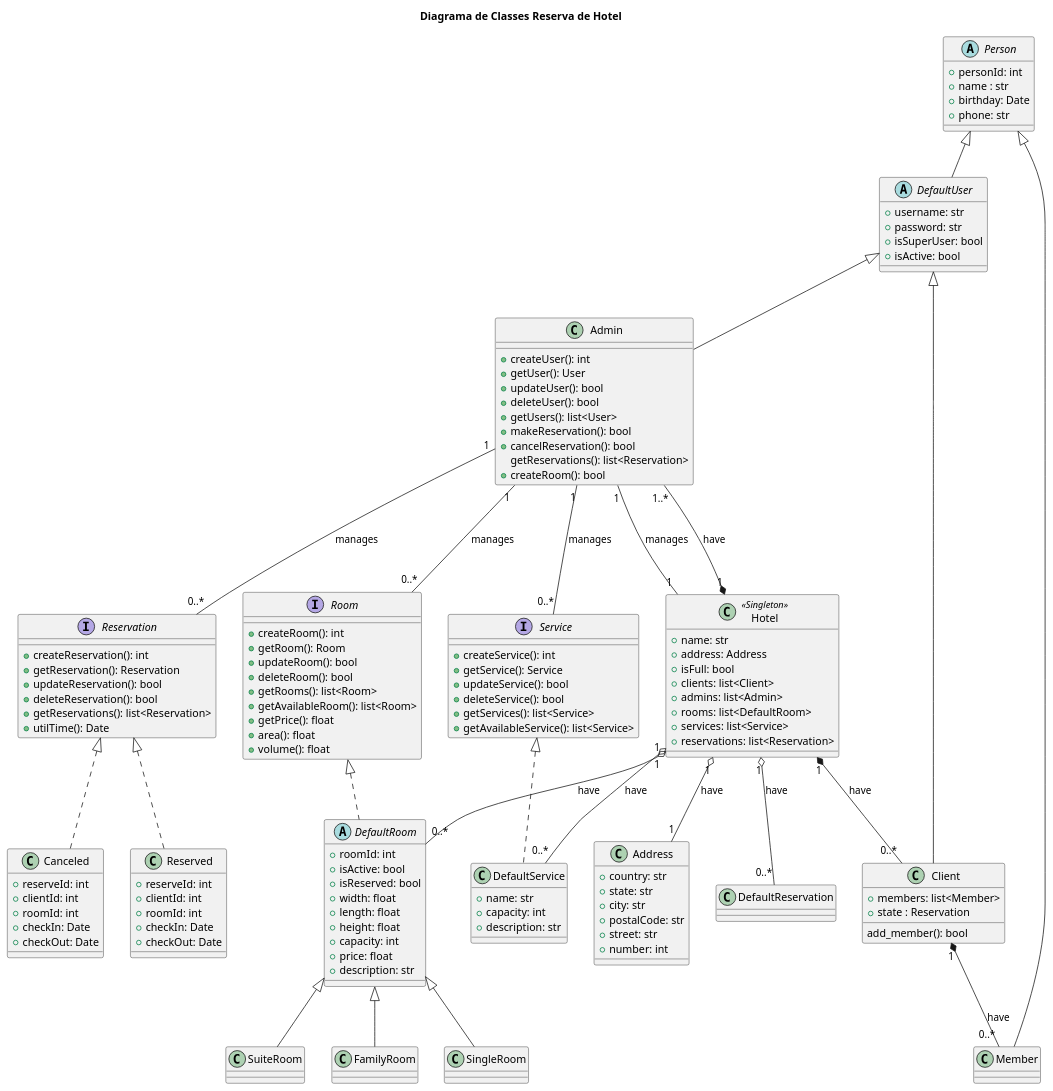
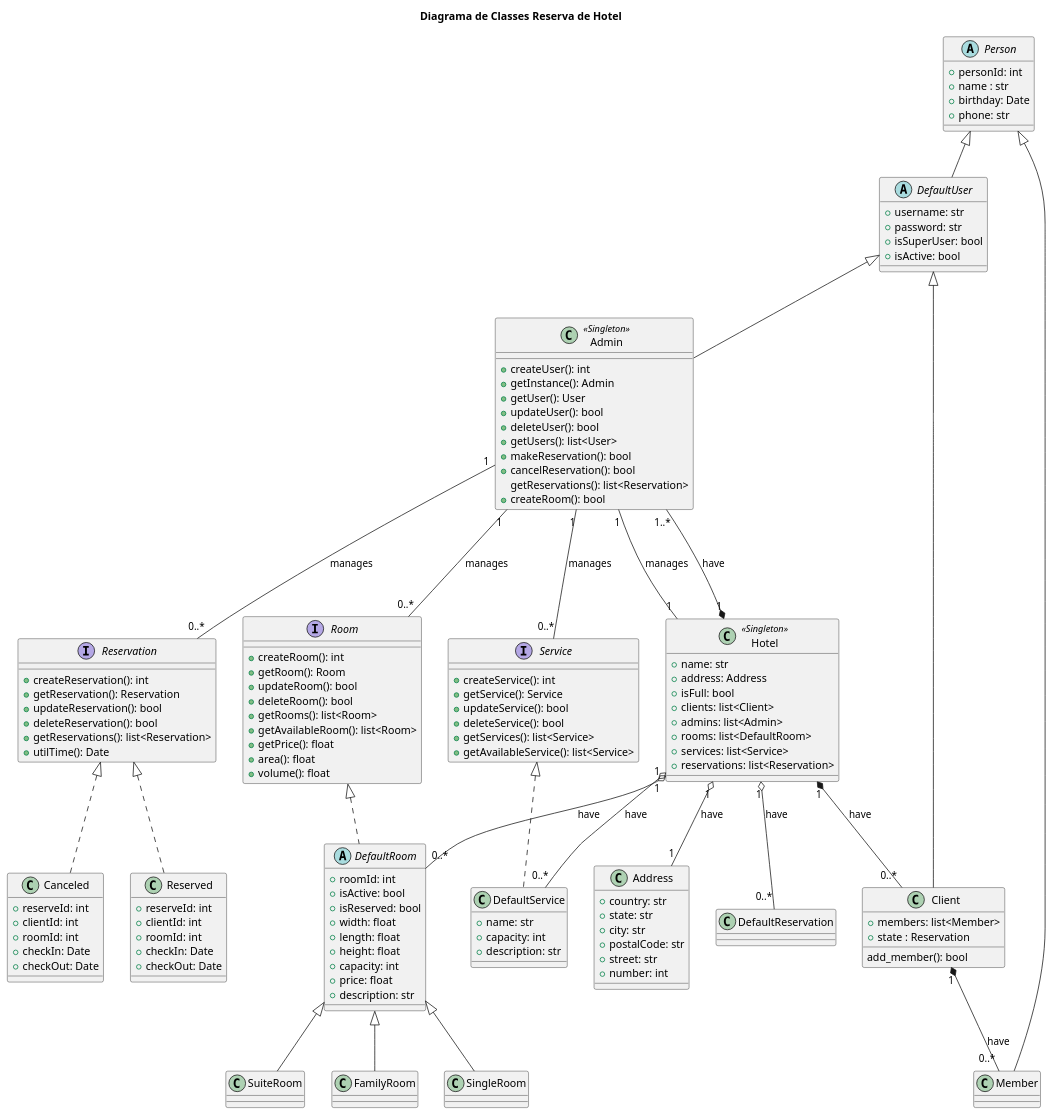
The diagram in diagrama_de_classes.iuml (azmovi/reserva-de-hotel), drawn with PlantUML before and after one commit.

Commit message:
diagrama atual

```diff
--- a/diagrama_de_classes.iuml
+++ b/diagrama_de_classes.iuml
@@ -1,154 +1,155 @@
 @startuml
 title Diagrama de Classes Reserva de Hotel
 
 abstract class Person {
     +personId: int 
     +name : str
     +birthday: Date
     +phone: str
 }
 
 
 class Client extends DefaultUser {
     +members: list<Member>
     +state : Reservation
     add_member(): bool
 }
 
 abstract class DefaultUser extends Person {
     +username: str
     +password: str
     +isSuperUser: bool 
     +isActive: bool 
 }
 
-class Admin extends DefaultUser {
+class Admin <<Singleton>> extends DefaultUser {
 
     +createUser(): int
+    +getInstance(): Admin
     +getUser(): User
     +updateUser(): bool
     +deleteUser(): bool
     +getUsers(): list<User>
     +makeReservation(): bool
     +cancelReservation(): bool
     getReservations(): list<Reservation>
     +createRoom(): bool
 }
 
 
 class Member extends Person {
 }
 
 
 class Hotel <<Singleton>> {
     +name: str
     +address: Address
     +isFull: bool
     +clients: list<Client>
     +admins: list<Admin>
     +rooms: list<DefaultRoom>
     +services: list<Service>
     +reservations: list<Reservation>
 }
 
 class Address {
     +country: str
     +state: str
     +city: str
     +postalCode: str
     +street: str
     +number: int
 }
 
 interface Room {
     +createRoom(): int
     +getRoom(): Room
     +updateRoom(): bool
     +deleteRoom(): bool
     +getRooms(): list<Room>
     +getAvailableRoom(): list<Room>
     +getPrice(): float
     +area(): float
     +volume(): float
 }
 
 abstract class DefaultRoom implements Room {
     +roomId: int
     +isActive: bool
     +isReserved: bool
     +width: float
     +length: float
     +height: float
     +capacity: int
     +price: float
     +description: str
 }
 
 
 class SingleRoom extends DefaultRoom {
 }
 
 class SuiteRoom extends DefaultRoom {
 }
 
 class FamilyRoom extends DefaultRoom {
 }
 
 interface Service {
     +createService(): int
     +getService(): Service
     +updateService(): bool
     +deleteService(): bool
     +getServices(): list<Service>
     +getAvailableService(): list<Service>
 }
 
 class DefaultService implements Service {
     +name: str
     +capacity: int 
     +description: str
 
 }
 
 interface Reservation {
     +createReservation(): int
     +getReservation(): Reservation
     +updateReservation(): bool
     +deleteReservation(): bool
     +getReservations(): list<Reservation>
     +utilTime(): Date
 }
 
 class Reserved implements Reservation {
     +reserveId: int
     +clientId: int
     +roomId: int
     +checkIn: Date
     +checkOut: Date
 }
 
 class Canceled implements Reservation {
     +reserveId: int
     +clientId: int
     +roomId: int
     +checkIn: Date
     +checkOut: Date
 }
 
 
 
 Hotel "1" o-- "1"     Address: have
 Hotel "1" *-- "1..*"  Admin: have
 Hotel "1" *-- "0..*"  Client: have
 Hotel "1" o-- "0..*"  DefaultRoom: have
 Hotel "1" o-- "0..*"  DefaultService: have
 Hotel "1" o-- "0..*"  DefaultReservation: have
 
 Admin "1" --- "0..*"  Service: manages
 Admin "1" --- "0..*"  Room: manages
 Admin "1" --- "0..*"  Reservation: manages
 Admin "1" --- "1"     Hotel: manages
 
 
 Client "1" *-- "0..*" Member: have
 @enduml
```
